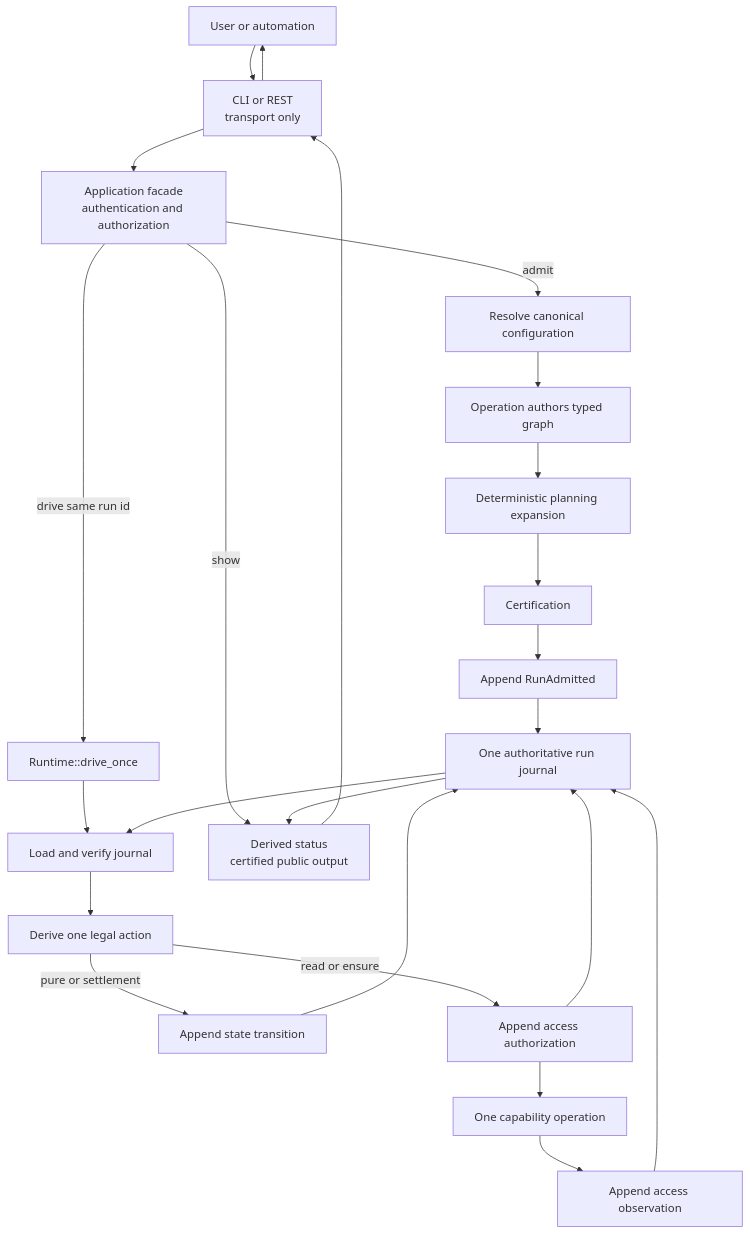
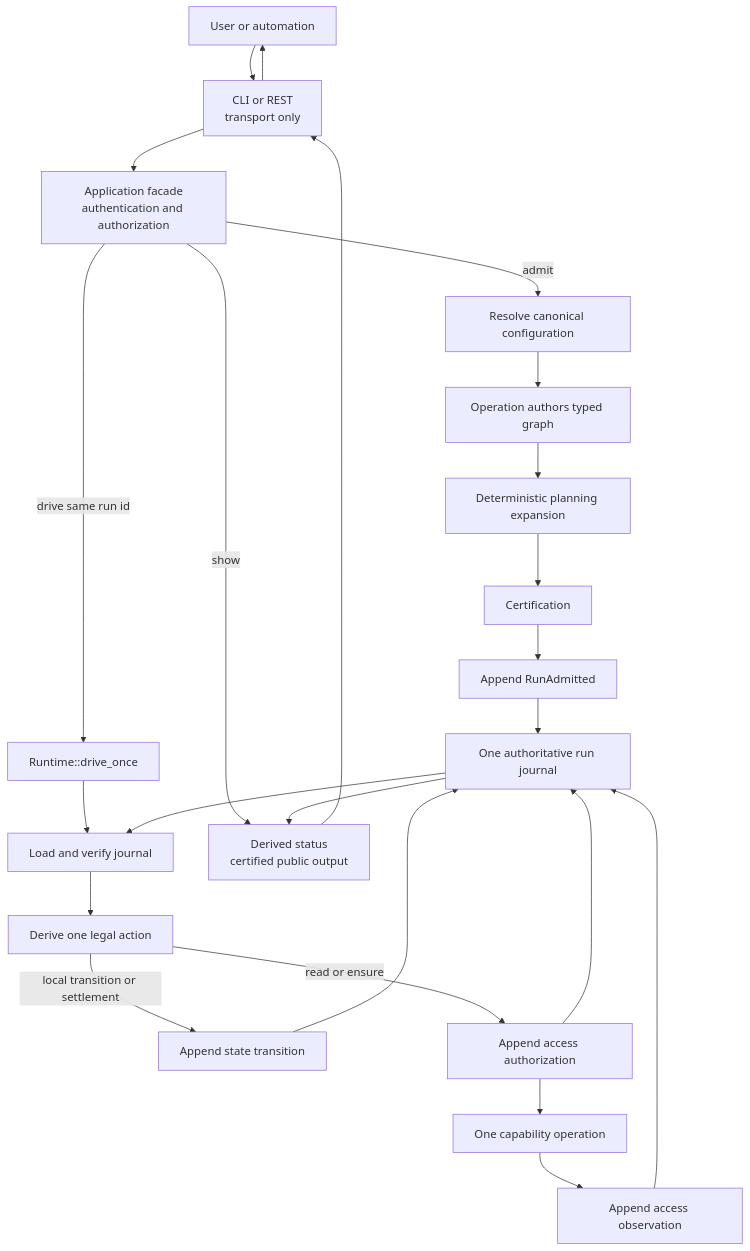
One commit to willyrgf/mfm changed the first of 8 diagrams in docs/run-execution.md. Above: the diagram before and after it, drawn with Mermaid. The commit also changed other lines of this file and 9 other files, not shown here.

````diff
--- a/docs/run-execution.md
+++ b/docs/run-execution.md
@@ -31,32 +31,32 @@
 ```mermaid
 flowchart TD
     U["User or automation"]
     T["CLI or REST<br/>transport only"]
     A["Application facade<br/>authentication and authorization"]
 
     U --> T --> A
 
     A -->|admit| C["Resolve canonical configuration"]
     C --> O["Operation authors typed graph"]
     O --> P["Deterministic planning expansion"]
     P --> CERT["Certification"]
     CERT --> RA["Append RunAdmitted"]
 
     A -->|drive same run id| R["Runtime::drive_once"]
     R --> V["Load and verify journal"]
     V --> D["Derive one legal action"]
-    D -->|pure or settlement| ST["Append state transition"]
+    D -->|local transition or settlement| ST["Append state transition"]
     D -->|read or ensure| AU["Append access authorization"]
     AU --> CAP["One capability operation"]
     CAP --> OB["Append access observation"]
 
     RA --> J["One authoritative run journal"]
     ST --> J
     AU --> J
     OB --> J
     J --> V
 
     A -->|show| OUT["Derived status<br/>certified public output"]
     J --> OUT
     OUT --> T --> U
 ```
````
